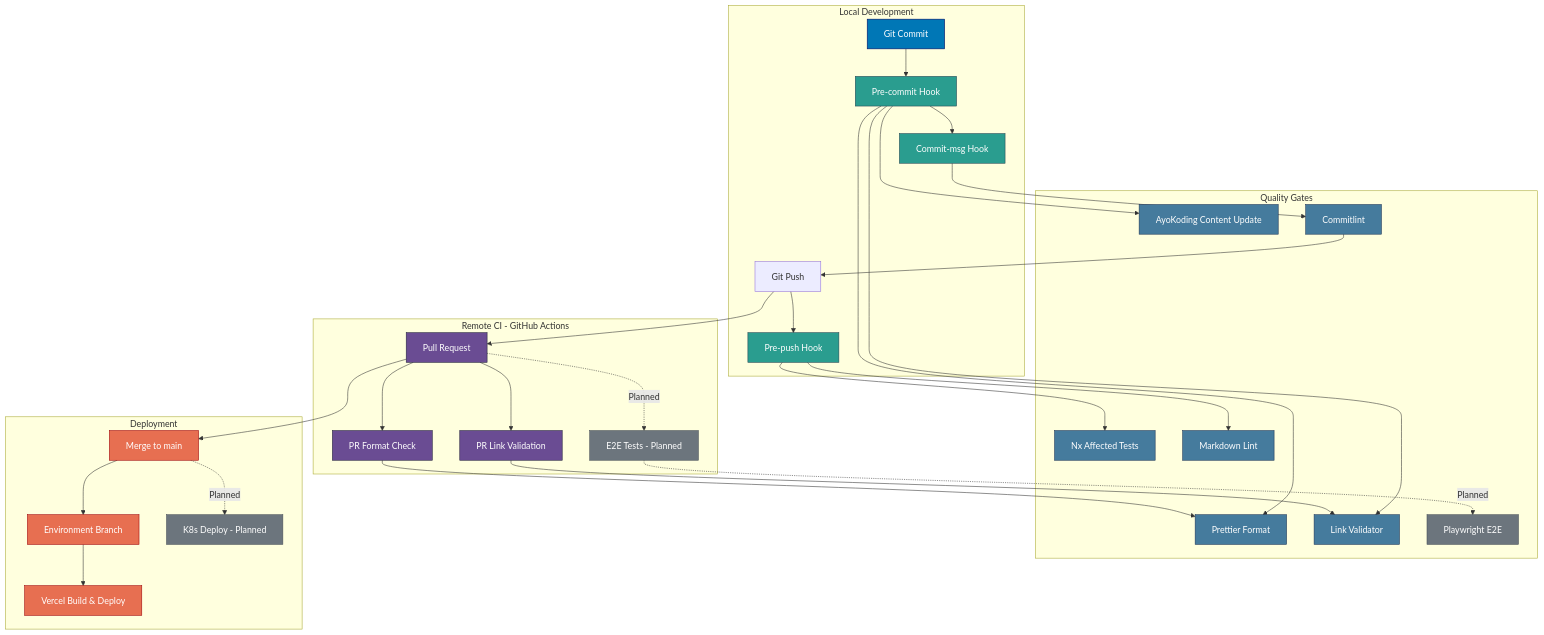
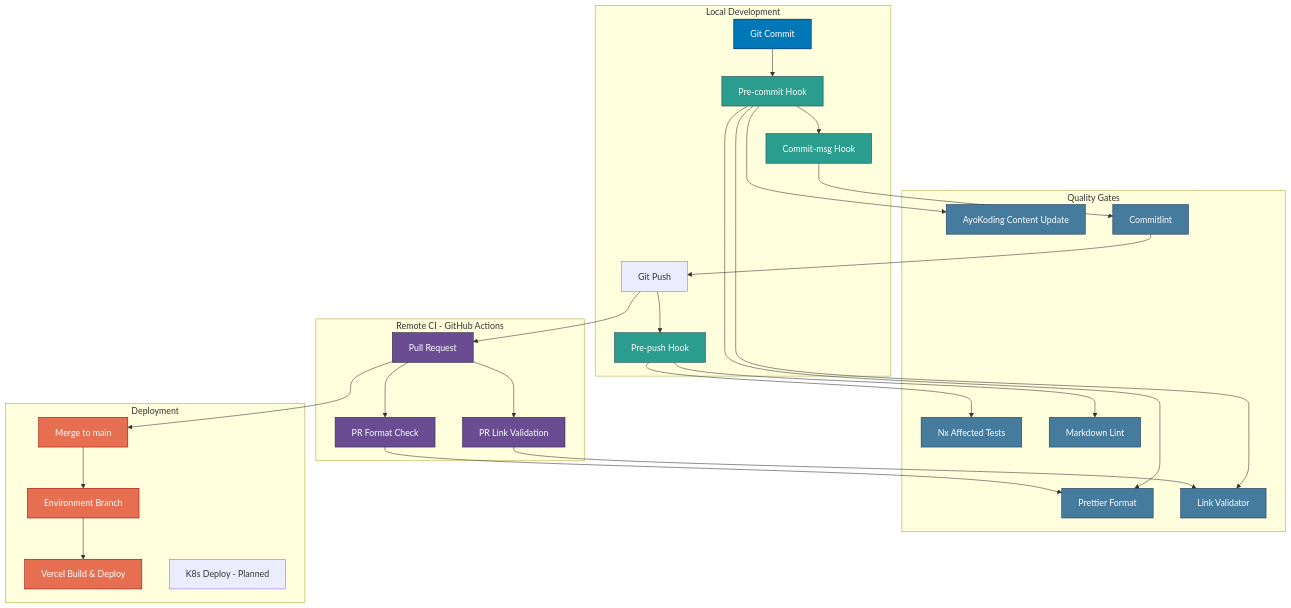
Diagram 12 of 13 in docs/reference/re__system-architecture.md (wahidyankf/open-sharia-enterprise), drawn with Mermaid before and after one commit. The commit also changed other lines of this file and 1 other file, not shown here.

First line of the commit message:
docs(reference): remove orca-grid suite from system architecture

````diff
--- a/docs/reference/re__system-architecture.md
+++ b/docs/reference/re__system-architecture.md
@@ -1569,81 +710,73 @@
 ```mermaid
 graph TB
     subgraph "Local Development"
         COMMIT[Git Commit]
         PRE_COMMIT[Pre-commit Hook]
         COMMIT_MSG[Commit-msg Hook]
         PUSH[Git Push]
         PRE_PUSH[Pre-push Hook]
     end
 
     subgraph "Remote CI - GitHub Actions"
         PR[Pull Request]
         FORMAT[PR Format Check]
         LINKS[PR Link Validation]
-        E2E[E2E Tests - Planned]
     end
 
     subgraph "Quality Gates"
         PRETTIER[Prettier Format]
         AYOKODING[AyoKoding Content Update]
         LINK_VAL[Link Validator]
         COMMITLINT[Commitlint]
         TEST_QUICK[Nx Affected Tests]
         MD_LINT[Markdown Lint]
-        PLAYWRIGHT[Playwright E2E]
     end
 
     subgraph "Deployment"
         MERGE[Merge to main]
         ENV_BRANCH[Environment Branch]
         VERCEL[Vercel Build & Deploy]
         K8S_DEPLOY[K8s Deploy - Planned]
     end
 
     COMMIT --> PRE_COMMIT
     PRE_COMMIT --> AYOKODING
     PRE_COMMIT --> PRETTIER
     PRE_COMMIT --> LINK_VAL
     PRE_COMMIT --> COMMIT_MSG
 
     COMMIT_MSG --> COMMITLINT
     COMMITLINT --> PUSH
 
     PUSH --> PRE_PUSH
     PRE_PUSH --> TEST_QUICK
     PRE_PUSH --> MD_LINT
 
     PUSH --> PR
     PR --> FORMAT
     PR --> LINKS
-    PR -.->|Planned| E2E
 
     FORMAT --> PRETTIER
     LINKS --> LINK_VAL
-    E2E -.->|Planned| PLAYWRIGHT
 
     PR --> MERGE
     MERGE --> ENV_BRANCH
     ENV_BRANCH --> VERCEL
-    MERGE -.->|Planned| K8S_DEPLOY
 
     style COMMIT fill:#0077b6,stroke:#03045e,color:#ffffff
     style PRE_COMMIT fill:#2a9d8f,stroke:#264653,color:#ffffff
     style COMMIT_MSG fill:#2a9d8f,stroke:#264653,color:#ffffff
     style PRE_PUSH fill:#2a9d8f,stroke:#264653,color:#ffffff
     style PR fill:#6a4c93,stroke:#22223b,color:#ffffff
     style FORMAT fill:#6a4c93,stroke:#22223b,color:#ffffff
     style LINKS fill:#6a4c93,stroke:#22223b,color:#ffffff
-    style E2E fill:#6c757d,stroke:#495057,color:#ffffff
     style PRETTIER fill:#457b9d,stroke:#1d3557,color:#ffffff
     style AYOKODING fill:#457b9d,stroke:#1d3557,color:#ffffff
     style LINK_VAL fill:#457b9d,stroke:#1d3557,color:#ffffff
     style COMMITLINT fill:#457b9d,stroke:#1d3557,color:#ffffff
     style TEST_QUICK fill:#457b9d,stroke:#1d3557,color:#ffffff
     style MD_LINT fill:#457b9d,stroke:#1d3557,color:#ffffff
-    style PLAYWRIGHT fill:#6c757d,stroke:#495057,color:#ffffff
     style MERGE fill:#e76f51,stroke:#9d0208,color:#ffffff
     style ENV_BRANCH fill:#e76f51,stroke:#9d0208,color:#ffffff
     style VERCEL fill:#e76f51,stroke:#9d0208,color:#ffffff
-    style K8S_DEPLOY fill:#6c757d,stroke:#495057,color:#ffffff
 ```
````
